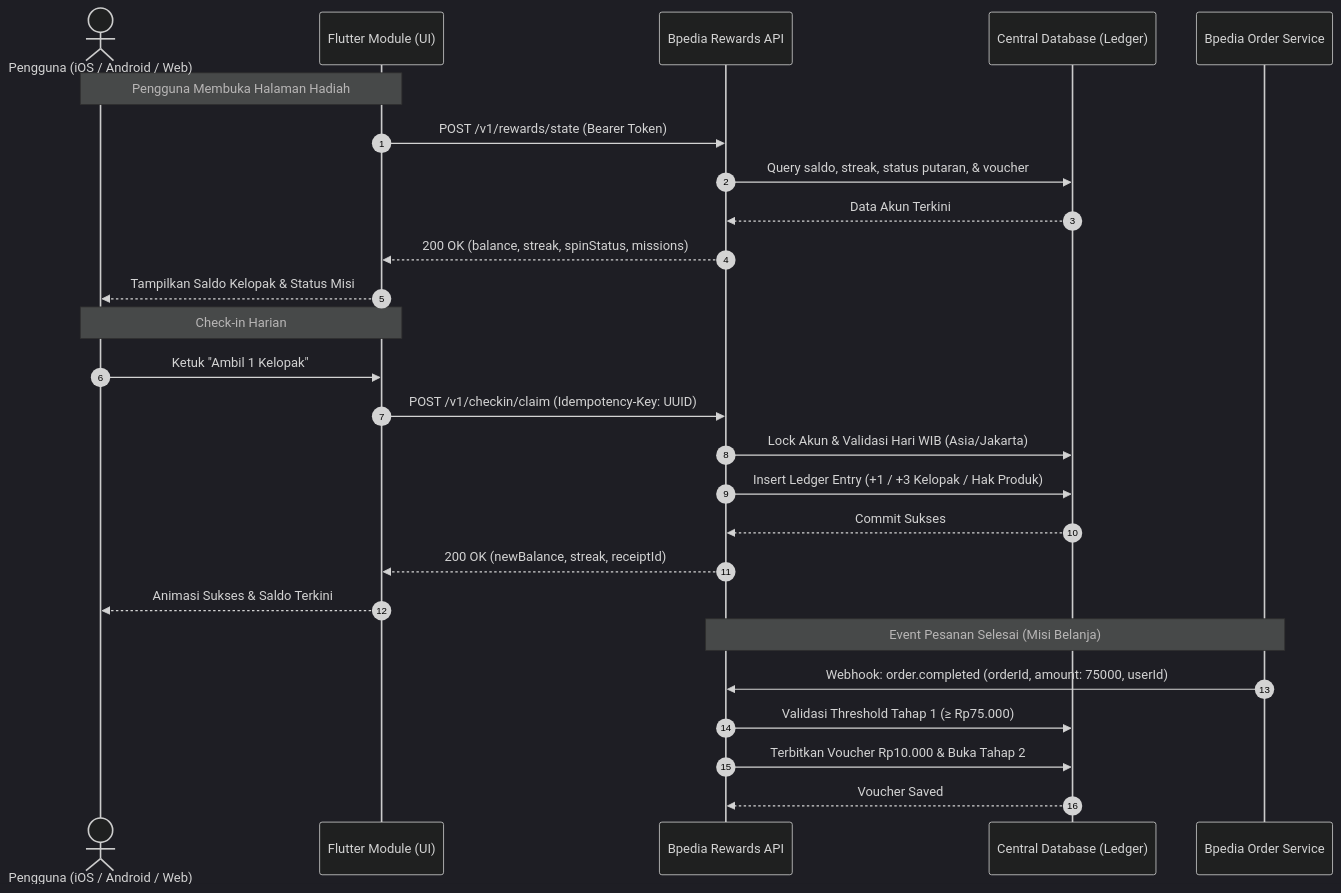
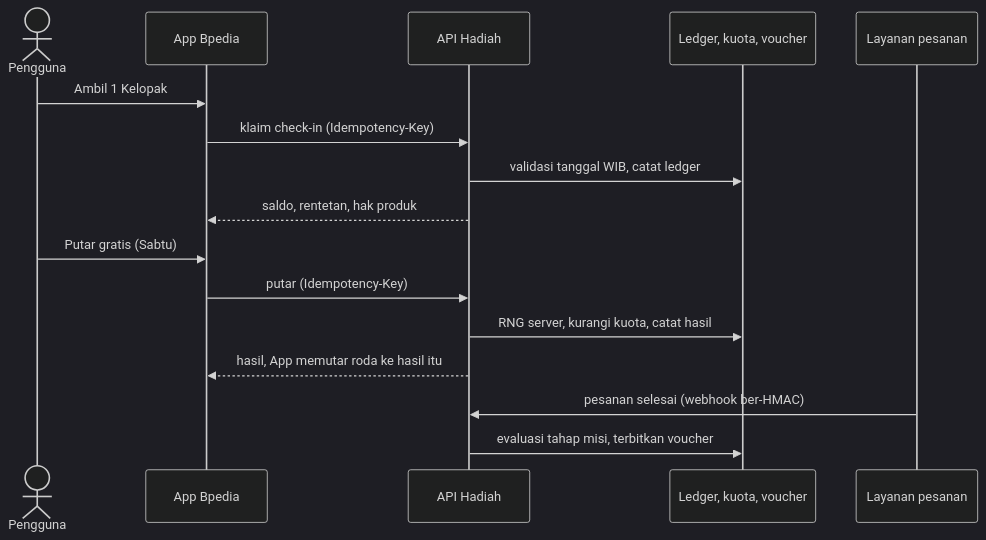
Before and after one commit to yusufmuh/bpedia-kelopak-hub: the seventh of 7 diagrams in GAMBARAN.md, drawn with Mermaid (dark theme). The commit also changed other lines of this file and 312 other files, not shown here.

First line of the commit message:
feat: Bpedia Demo v2.0.0 — app belanja clean-room + 3 game Kelopak

````diff
--- a/GAMBARAN.md
+++ b/GAMBARAN.md
@@ -50,31 +140,18 @@
 ```mermaid
 sequenceDiagram
-    autonumber
-    actor User as Pengguna (iOS / Android / Web)
-    participant Client as Flutter Module (UI)
-    participant API as Bpedia Rewards API
-    participant DB as Central Database (Ledger)
-    participant Order as Bpedia Order Service
-
-    Note over User,Client: Pengguna Membuka Halaman Hadiah
-    Client->>API: POST /v1/rewards/state (Bearer Token)
-    API->>DB: Query saldo, streak, status putaran, & voucher
-    DB-->>API: Data Akun Terkini
-    API-->>Client: 200 OK (balance, streak, spinStatus, missions)
-    Client-->>User: Tampilkan Saldo Kelopak & Status Misi
-
-    Note over User,Client: Check-in Harian
-    User->>Client: Ketuk "Ambil 1 Kelopak"
-    Client->>API: POST /v1/checkin/claim (Idempotency-Key: UUID)
-    API->>DB: Lock Akun & Validasi Hari WIB (Asia/Jakarta)
-    API->>DB: Insert Ledger Entry (+1 / +3 Kelopak / Hak Produk)
-    DB-->>API: Commit Sukses
-    API-->>Client: 200 OK (newBalance, streak, receiptId)
-    Client-->>User: Animasi Sukses & Saldo Terkini
-
-    Note over Order,API: Event Pesanan Selesai (Misi Belanja)
-    Order->>API: Webhook: order.completed (orderId, amount: 75000, userId)
-    API->>DB: Validasi Threshold Tahap 1 (≥ Rp75.000)
-    API->>DB: Terbitkan Voucher Rp10.000 & Buka Tahap 2
-    DB-->>API: Voucher Saved
+  actor U as Pengguna
+  participant App as App Bpedia
+  participant API as API Hadiah
+  participant DB as Ledger, kuota, voucher
+  participant O as Layanan pesanan
+  U->>App: Ambil 1 Kelopak
+  App->>API: klaim check-in (Idempotency-Key)
+  API->>DB: validasi tanggal WIB, catat ledger
+  API-->>App: saldo, rentetan, hak produk
+  U->>App: Putar gratis (Sabtu)
+  App->>API: putar (Idempotency-Key)
+  API->>DB: RNG server, kurangi kuota, catat hasil
+  API-->>App: hasil, App memutar roda ke hasil itu
+  O->>API: pesanan selesai (webhook ber-HMAC)
+  API->>DB: evaluasi tahap misi, terbitkan voucher
 ```
````
